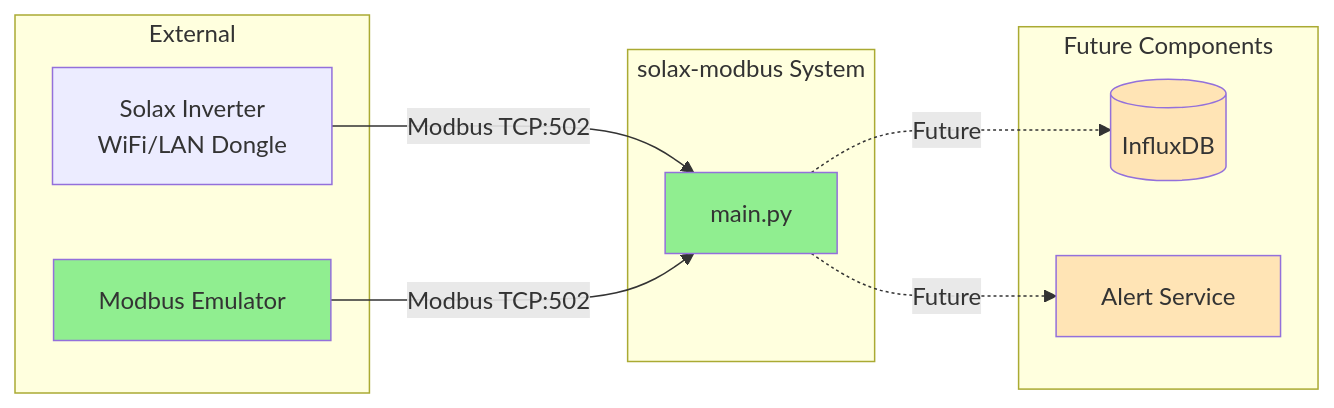
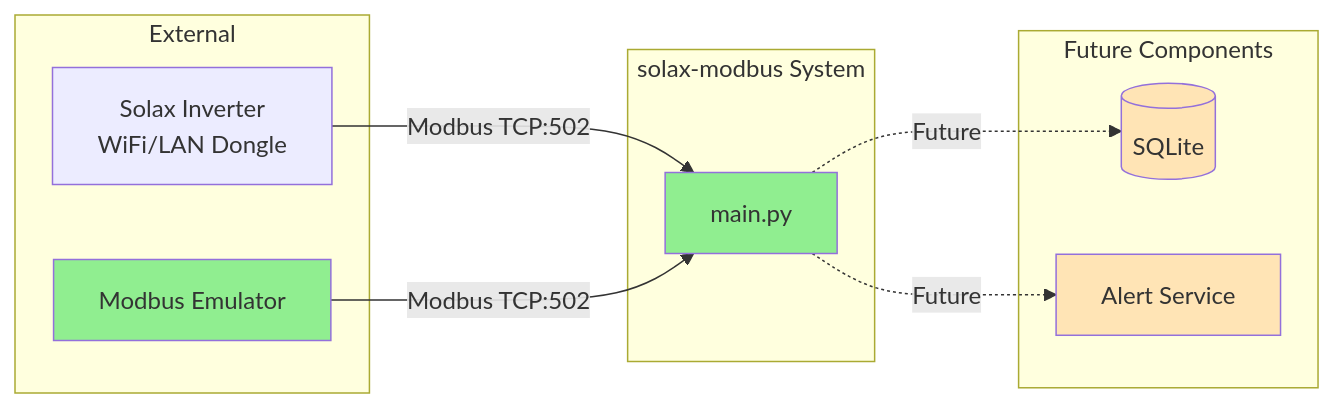
One commit to William12556/solax-modbus changed the first of 4 diagrams in ai/workspace/design/design-solax-modbus-master.md. Above: the diagram before and after it, drawn with Mermaid. The commit also changed other lines of this file and 15 other files, not shown here.

````diff
--- a/ai/workspace/design/design-solax-modbus-master.md
+++ b/ai/workspace/design/design-solax-modbus-master.md
@@ -87,26 +89,26 @@
 ```mermaid
 flowchart LR
     subgraph External
         INV[Solax Inverter<br/>WiFi/LAN Dongle]
         EMU[Modbus Emulator]
     end
     
     subgraph "solax-modbus System"
         POLL[main.py]
     end
     
     subgraph "Future Components"
-        DB[(InfluxDB)]
+        DB[(SQLite)]
         ALERT[Alert Service]
     end
     
     INV -->|Modbus TCP:502| POLL
     EMU -->|Modbus TCP:502| POLL
     POLL -.->|Future| DB
     POLL -.->|Future| ALERT
     
     style POLL fill:#90EE90
     style EMU fill:#90EE90
     style DB fill:#FFE4B5
     style ALERT fill:#FFE4B5
 ```
````
